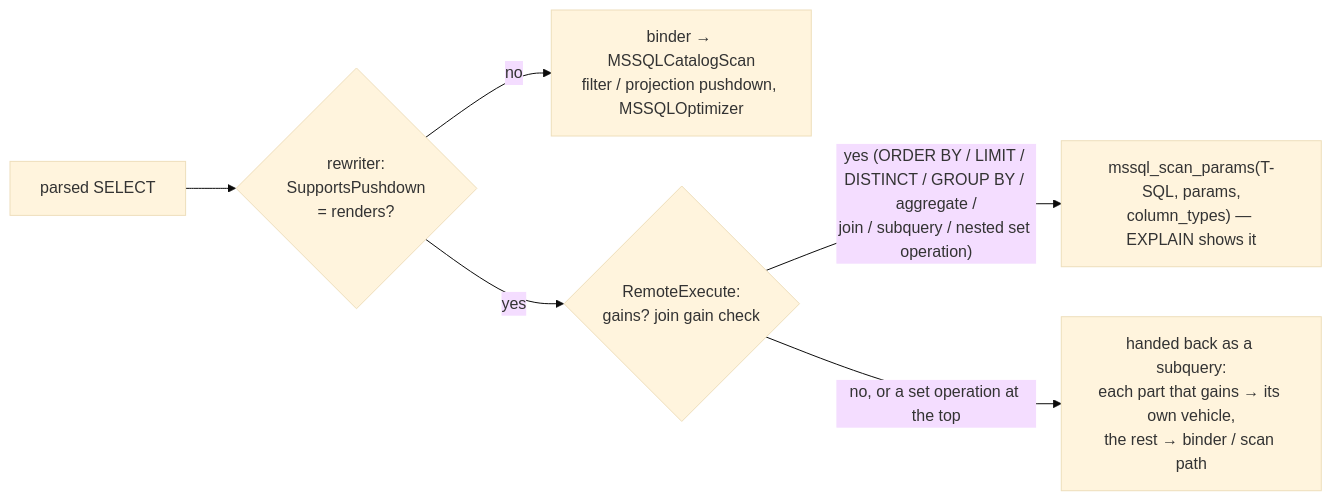
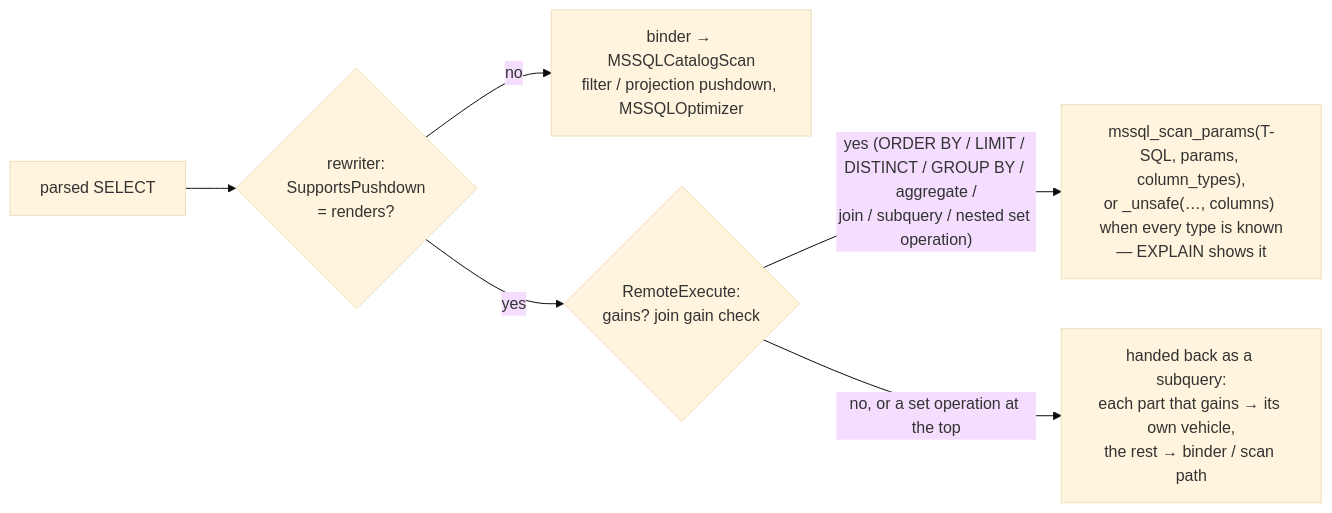
Before and after one commit to hugr-lab/mssql-extension: diagram 14 of 16 in DATAMODEL.md, drawn with Mermaid (base theme). The commit also changed other lines of this file and 102 other files, not shown here.

First line of the commit message:
spec 081: a scan that trusts the shape it is given (mssql_scan_unsafe), pushdown without a describe, LIMIT 0 not pushed (#407)

````diff
--- a/DATAMODEL.md
+++ b/DATAMODEL.md
@@ -792,8 +798,8 @@
 ```mermaid
 flowchart LR
     P[parsed SELECT] --> R{rewriter:<br/>SupportsPushdown<br/>= renders?}
     R -- no --> B[binder → MSSQLCatalogScan<br/>filter / projection pushdown, MSSQLOptimizer]
     R -- yes --> E{RemoteExecute:<br/>gains? join gain check}
-    E -- "yes (ORDER BY / LIMIT / DISTINCT / GROUP BY / aggregate /<br/>join / subquery / nested set operation)" --> V["mssql_scan_params(T-SQL, params,<br/>column_types) — EXPLAIN shows it"]
+    E -- "yes (ORDER BY / LIMIT / DISTINCT / GROUP BY / aggregate /<br/>join / subquery / nested set operation)" --> V["mssql_scan_params(T-SQL, params, column_types),<br/>or _unsafe(…, columns) when every type is known<br/>— EXPLAIN shows it"]
     E -- "no, or a set operation at the top" --> H["handed back as a subquery:<br/>each part that gains → its own vehicle,<br/>the rest → binder / scan path"]
 ```
````
